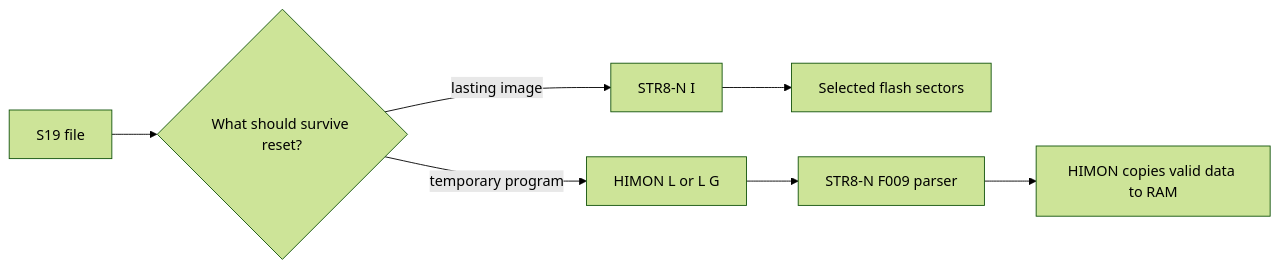
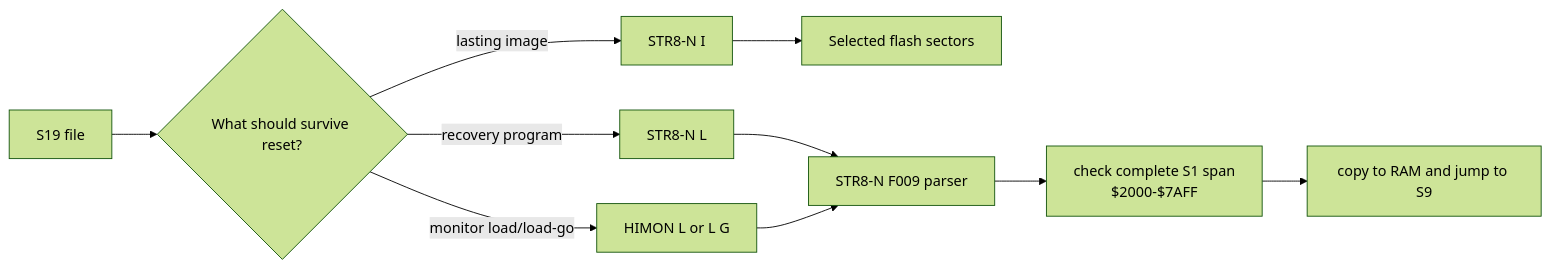
The fifth of 7 diagrams in docs/MAPS.md (95westus/STR8-N), drawn with Mermaid (forest theme) before and after one commit. The commit also changed other lines of this file and 10 other files, not shown here.

Commit message:
Add recovery RAM load-and-run command

````diff
--- a/docs/MAPS.md
+++ b/docs/MAPS.md
@@ -113,9 +115,12 @@
 ```mermaid
 flowchart LR
     S19[S19 file] --> CHOICE{What should survive reset?}
     CHOICE -->|lasting image| I[STR8-N I]
     I --> FW[Selected flash sectors]
-    CHOICE -->|temporary program| L[HIMON L or L G]
-    L --> RP[STR8-N F009 parser]
-    RP --> RM[HIMON copies valid data to RAM]
+    CHOICE -->|recovery program| SL[STR8-N L]
+    SL --> RP[STR8-N F009 parser]
+    RP --> BOUND[check complete S1 span<br/>$2000-$7AFF]
+    BOUND --> RM[copy to RAM and jump to S9]
+    CHOICE -->|monitor load/load-go| HL[HIMON L or L G]
+    HL --> RP
 ```
````
